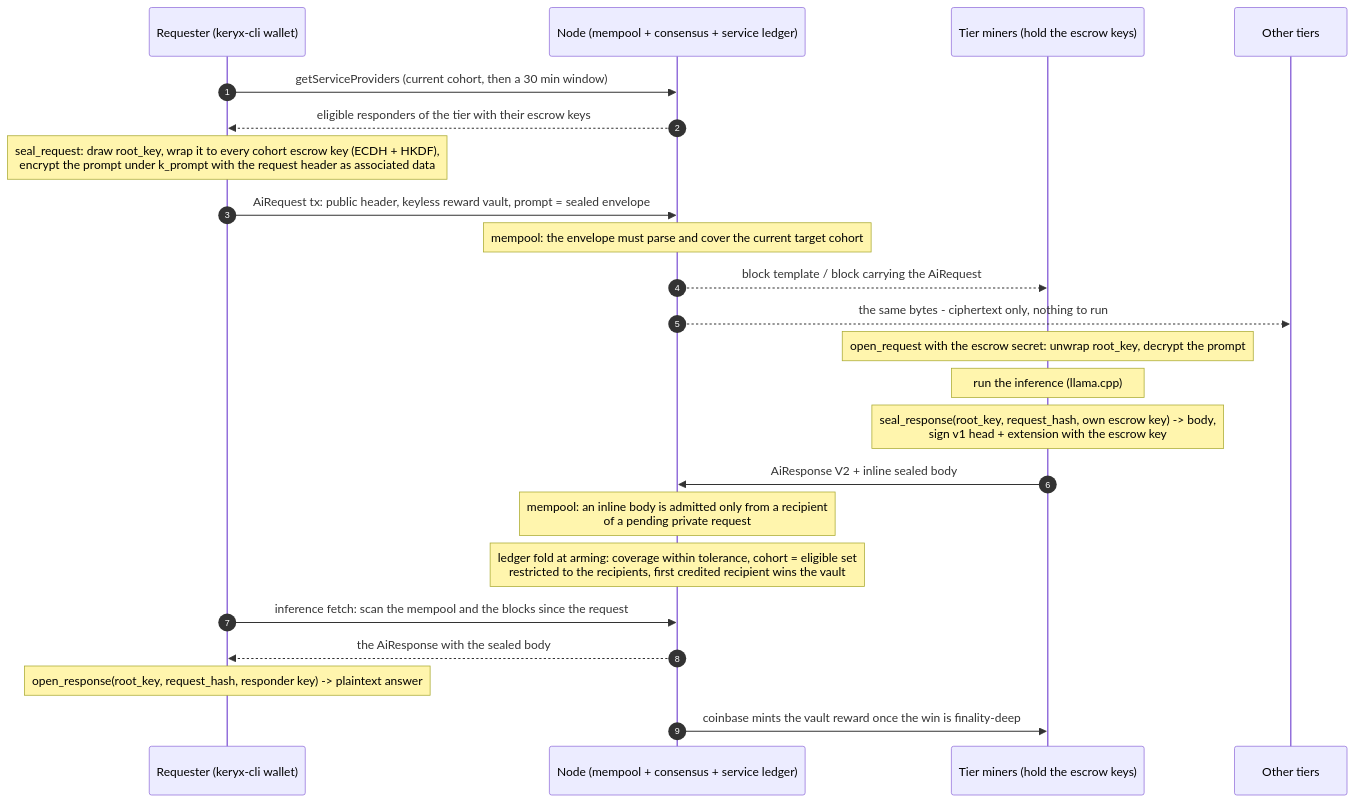
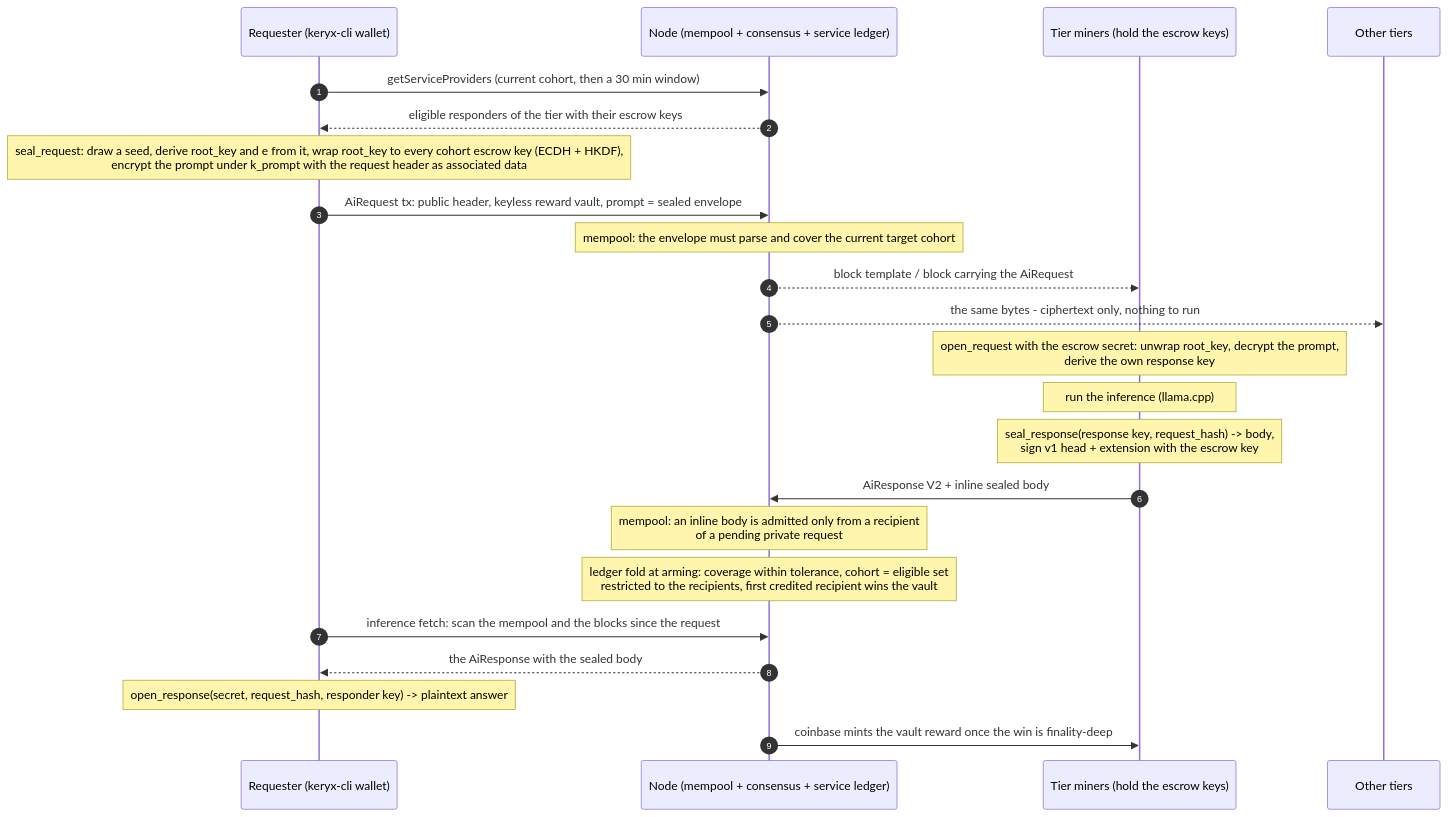
Before and after one commit to Keryx-Labs/keryx-node: the first of 2 diagrams in docs/private-inference.md, drawn with Mermaid. The commit also changed other lines of this file and 3 other files, not shown here.

First line of the commit message:
fix(inference): bind each private response key to its responder's ECDH secret

````diff
--- a/docs/private-inference.md
+++ b/docs/private-inference.md
@@ -37,26 +37,26 @@
 ```mermaid
 sequenceDiagram
     autonumber
     participant R as Requester (keryx-cli wallet)
     participant N as Node (mempool + consensus + service ledger)
     participant M as Tier miners (hold the escrow keys)
     participant O as Other tiers
 
     R->>N: getServiceProviders (current cohort, then a 30 min window)
     N-->>R: eligible responders of the tier with their escrow keys
-    Note over R: seal_request: draw root_key, wrap it to every cohort escrow key (ECDH + HKDF),<br/>encrypt the prompt under k_prompt with the request header as associated data
+    Note over R: seal_request: draw a seed, derive root_key and e from it, wrap root_key to every cohort escrow key (ECDH + HKDF),<br/>encrypt the prompt under k_prompt with the request header as associated data
     R->>N: AiRequest tx: public header, keyless reward vault, prompt = sealed envelope
     Note over N: mempool: the envelope must parse and cover the current target cohort
     N-->>M: block template / block carrying the AiRequest
     N-->>O: the same bytes - ciphertext only, nothing to run
-    Note over M: open_request with the escrow secret: unwrap root_key, decrypt the prompt
+    Note over M: open_request with the escrow secret: unwrap root_key, decrypt the prompt,<br/>derive the own response key
     Note over M: run the inference (llama.cpp)
-    Note over M: seal_response(root_key, request_hash, own escrow key) -> body,<br/>sign v1 head + extension with the escrow key
+    Note over M: seal_response(response key, request_hash) -> body,<br/>sign v1 head + extension with the escrow key
     M->>N: AiResponse V2 + inline sealed body
     Note over N: mempool: an inline body is admitted only from a recipient<br/>of a pending private request
     Note over N: ledger fold at arming: coverage within tolerance, cohort = eligible set<br/>restricted to the recipients, first credited recipient wins the vault
     R->>N: inference fetch: scan the mempool and the blocks since the request
     N-->>R: the AiResponse with the sealed body
-    Note over R: open_response(root_key, request_hash, responder key) -> plaintext answer
+    Note over R: open_response(secret, request_hash, responder key) -> plaintext answer
     N->>M: coinbase mints the vault reward once the win is finality-deep
 ```
````
